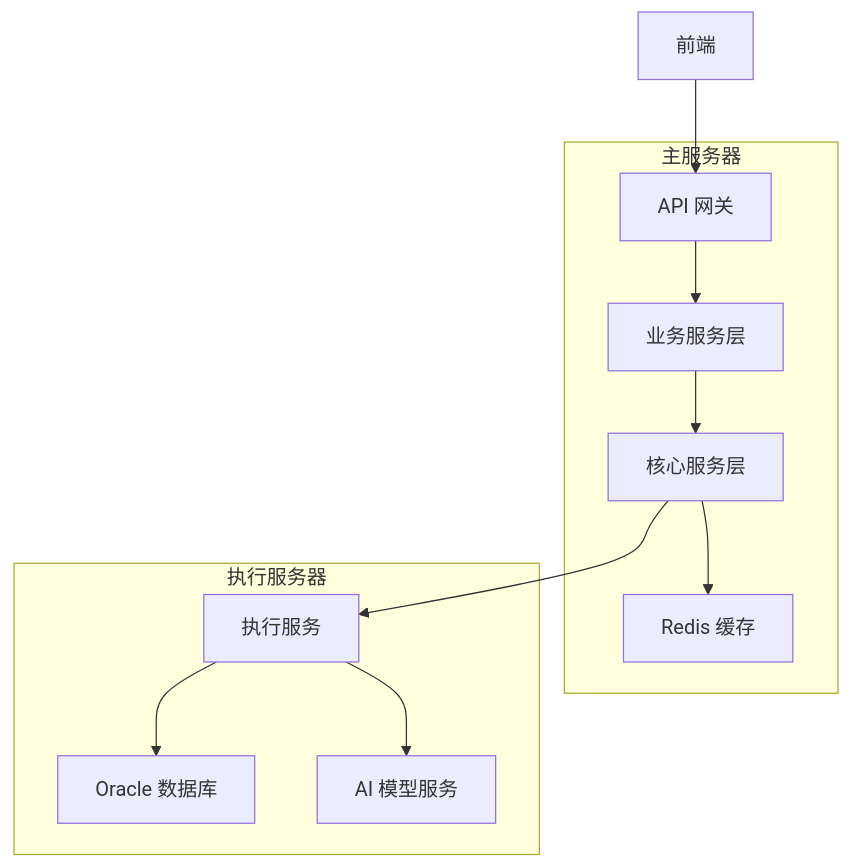
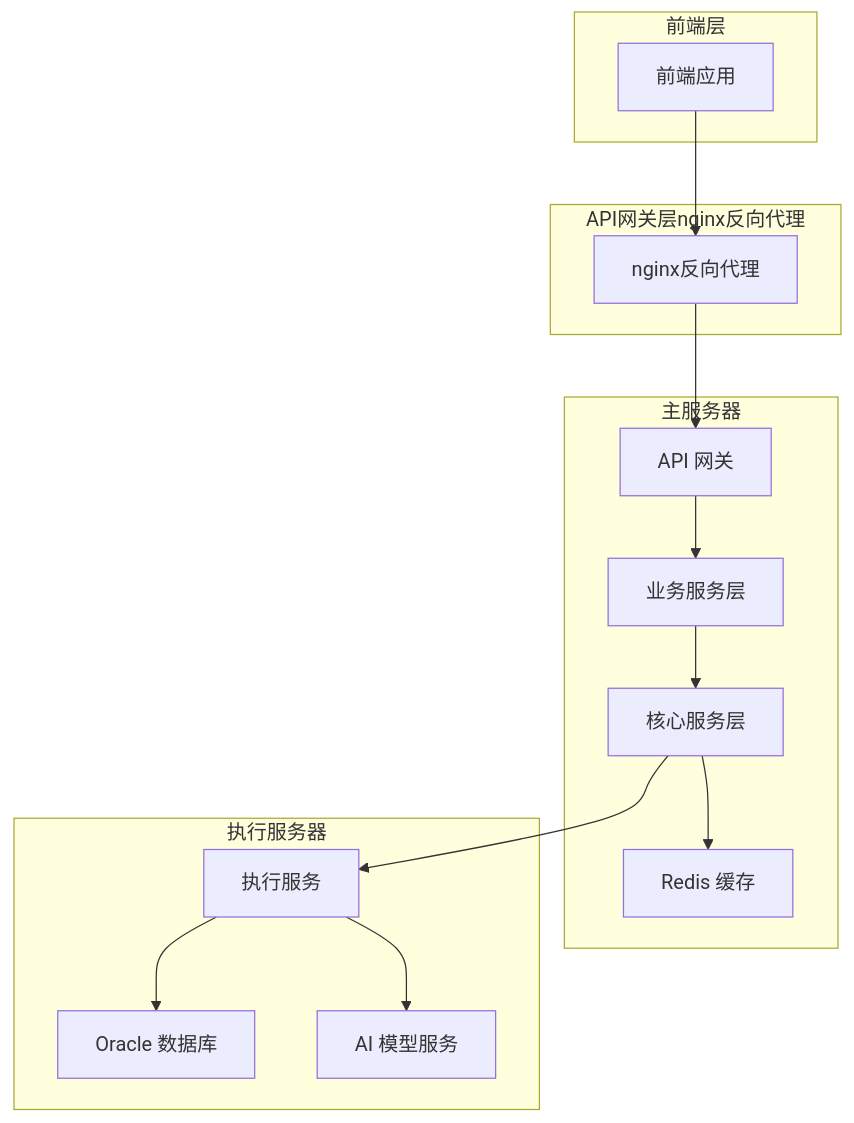
The third of 11 diagrams in .qoder/repowiki/zh/content/系统架构/系统架构.md (liuzh2008/med_ai_assistant_workspace), drawn with Mermaid before and after one commit. The commit also changed other lines of this file and 4 other files, not shown here.

````diff
--- a/.qoder/repowiki/zh/content/系统架构/系统架构.md
+++ b/.qoder/repowiki/zh/content/系统架构/系统架构.md
@@ -92,21 +115,28 @@
 ```mermaid
 graph TB
+subgraph "前端层"
+FE["前端应用"]
+end
+subgraph "API网关层nginx反向代理"
+NGINX["nginx反向代理"]
+end
 subgraph "主服务器"
 M1["API 网关"]
 M2["业务服务层"]
 M3["核心服务层"]
 M4["Redis 缓存"]
 end
 subgraph "执行服务器"
 E1["执行服务"]
 E2["Oracle 数据库"]
 E3["AI 模型服务"]
 end
-FE["前端"] --> M1
+FE --> NGINX
+NGINX --> M1
 M1 --> M2
 M2 --> M3
 M3 --> M4
 M3 --> E1
 E1 --> E2
 E1 --> E3
 ```
````
